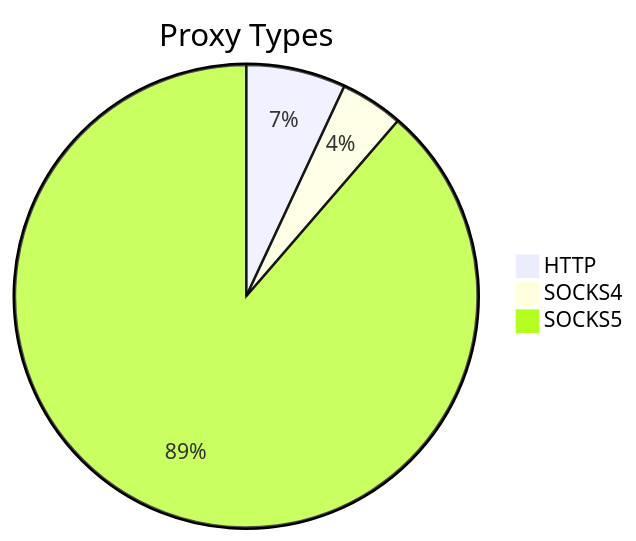
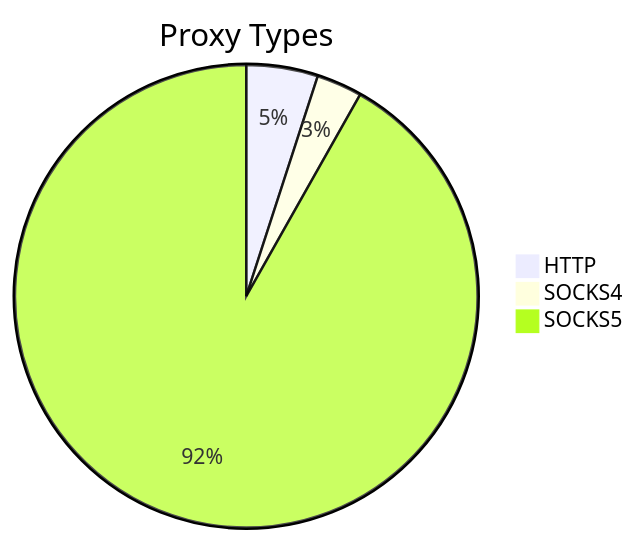
The first of 2 diagrams in README.md (stormsia/proxy-list), drawn with Mermaid before and after one commit. The commit also changed other lines of this file, not shown here.

````diff
--- a/README.md
+++ b/README.md
@@ -21,6 +21,6 @@
 ```mermaid
 pie title Proxy Types
-    "HTTP" : 76
-    "SOCKS4" : 48
-    "SOCKS5" : 969
+    "HTTP" : 80
+    "SOCKS4" : 51
+    "SOCKS5" : 1470
 ```
````
